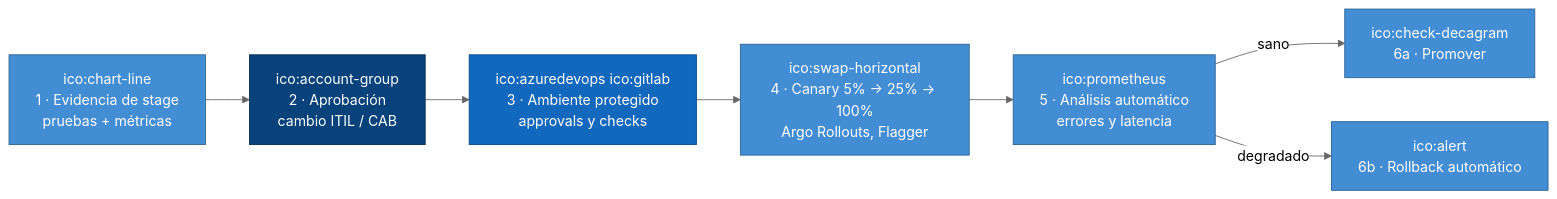
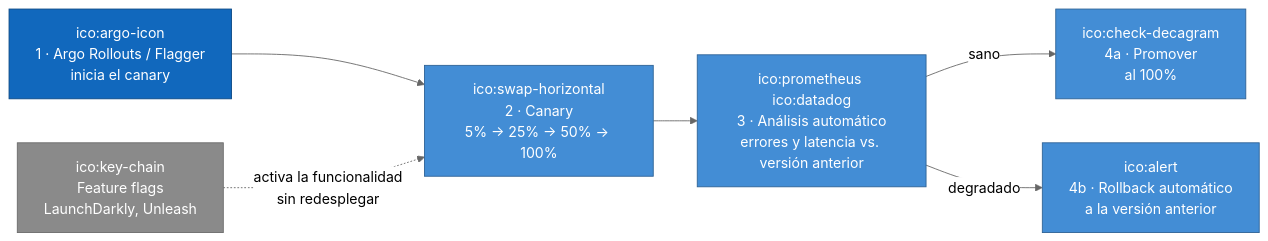
Diagram 13 of 17 in pruebas-tecnicas/hits-claro/diagramas-c4.md (locosebas/necesidadesYGrafos), drawn with Mermaid (neutral theme) before and after one commit. The commit also changed other lines of this file and 3 other files, not shown here.

First line of the commit message:
HITSS/Claro: separar pasos 9 y 10 en diagramas C4 y diapositivas propias

````diff
--- a/pruebas-tecnicas/hits-claro/diagramas-c4.md
+++ b/pruebas-tecnicas/hits-claro/diagramas-c4.md
@@ -298,17 +319,17 @@
 ```mermaid
 flowchart LR
-  ev["ico:chart-line<br/>1 · Evidencia de stage<br/>pruebas + métricas"]:::container
-  cab["ico:account-group<br/>2 · Aprobación<br/>cambio ITIL / CAB"]:::person
-  env["ico:azuredevops ico:gitlab<br/>3 · Ambiente protegido<br/>approvals y checks"]:::system
-  can["ico:swap-horizontal<br/>4 · Canary 5% → 25% → 100%<br/>Argo Rollouts, Flagger"]:::container
-  ana["ico:prometheus<br/>5 · Análisis automático<br/>errores y latencia"]:::container
-  ok["ico:check-decagram<br/>6a · Promover"]:::container
-  rb["ico:alert<br/>6b · Rollback automático"]:::container
-  ev --> cab --> env --> can --> ana
+  argo["ico:argo-icon<br/>1 · Argo Rollouts / Flagger<br/>inicia el canary"]:::system
+  can["ico:swap-horizontal<br/>2 · Canary<br/>5% → 25% → 50% → 100%"]:::container
+  ff["ico:key-chain<br/>Feature flags<br/>LaunchDarkly, Unleash"]:::ext
+  ana["ico:prometheus ico:datadog<br/>3 · Análisis automático<br/>errores y latencia vs. versión anterior"]:::container
+  ok["ico:check-decagram<br/>4a · Promover<br/>al 100%"]:::container
+  rb["ico:alert<br/>4b · Rollback automático<br/>a la versión anterior"]:::container
+  argo --> can --> ana
+  ff -.->|"activa la funcionalidad<br/>sin redesplegar"| can
   ana -->|"sano"| ok
   ana -->|"degradado"| rb
   classDef person fill:#08427b,stroke:#052e56,color:#fff
   classDef system fill:#1168bd,stroke:#0b4884,color:#fff
   classDef container fill:#438dd5,stroke:#2e6295,color:#fff
   classDef ext fill:#8a8a8a,stroke:#6b6b6b,color:#fff
 ```
````
